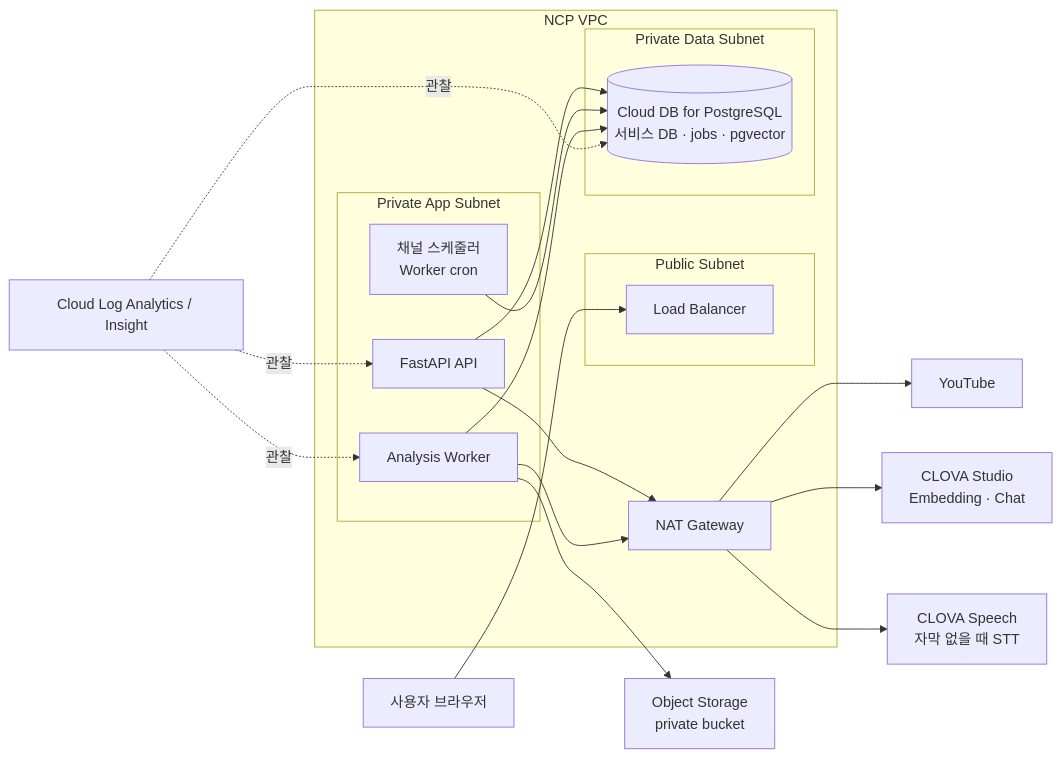
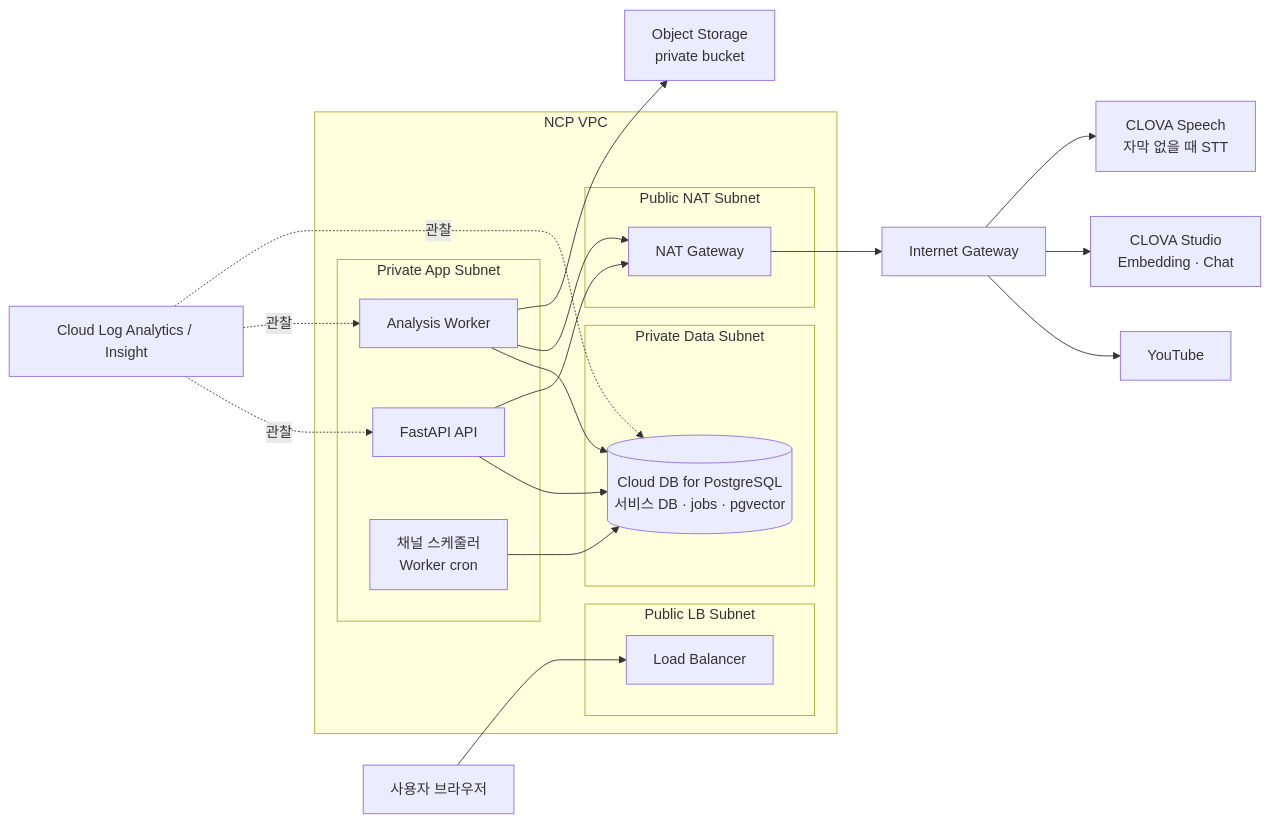
The first of 5 diagrams in docs/infra.md (ncp-ai-pro/video-rag-mvp), drawn with Mermaid before and after one commit. The commit also changed other lines of this file and 1 other file, not shown here.

Commit message:
Document dedicated NAT public subnet

```diff
--- a/docs/infra.md
+++ b/docs/infra.md
@@ -31,30 +31,33 @@
 ~~~mermaid
 flowchart LR
     U[사용자 브라우저] --> LB[Load Balancer]
     subgraph VPC[NCP VPC]
-      subgraph Public[Public Subnet]
+      subgraph Public[Public LB Subnet]
         LB
+      end
+      subgraph NatPublic[Public NAT Subnet]
+        NAT[NAT Gateway]
       end
       subgraph App[Private App Subnet]
         API[FastAPI API]
         W[Analysis Worker]
         SCH[채널 스케줄러<br/>Worker cron]
       end
       subgraph Data[Private Data Subnet]
         DB[(Cloud DB for PostgreSQL<br/>서비스 DB · jobs · pgvector)]
       end
-      NAT[NAT Gateway]
       API --> DB
       API --> NAT
       SCH --> DB
       W --> DB
       W --> NAT
     end
-    NAT --> YT[YouTube]
-    NAT --> STUDIO[CLOVA Studio<br/>Embedding · Chat]
-    NAT --> SPEECH[CLOVA Speech<br/>자막 없을 때 STT]
+    NAT --> IGW[Internet Gateway]
+    IGW --> YT[YouTube]
+    IGW --> STUDIO[CLOVA Studio<br/>Embedding · Chat]
+    IGW --> SPEECH[CLOVA Speech<br/>자막 없을 때 STT]
     W --> OS[Object Storage<br/>private bucket]
     LOG[Cloud Log Analytics / Insight] -. 관찰 .-> API
     LOG -. 관찰 .-> W
     LOG -. 관찰 .-> DB
 ~~~
```
